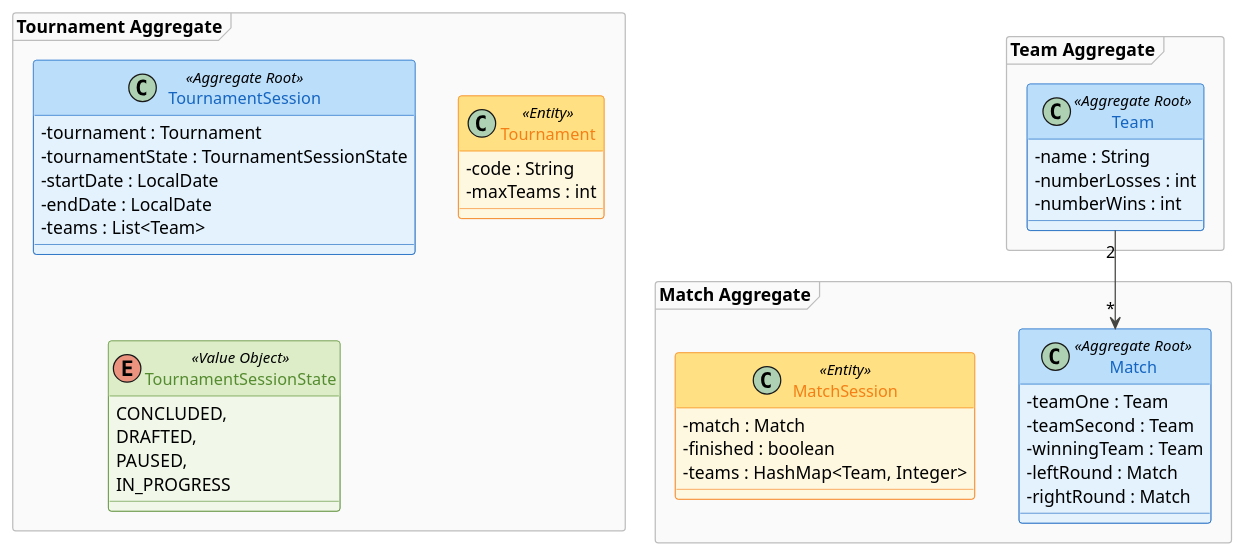
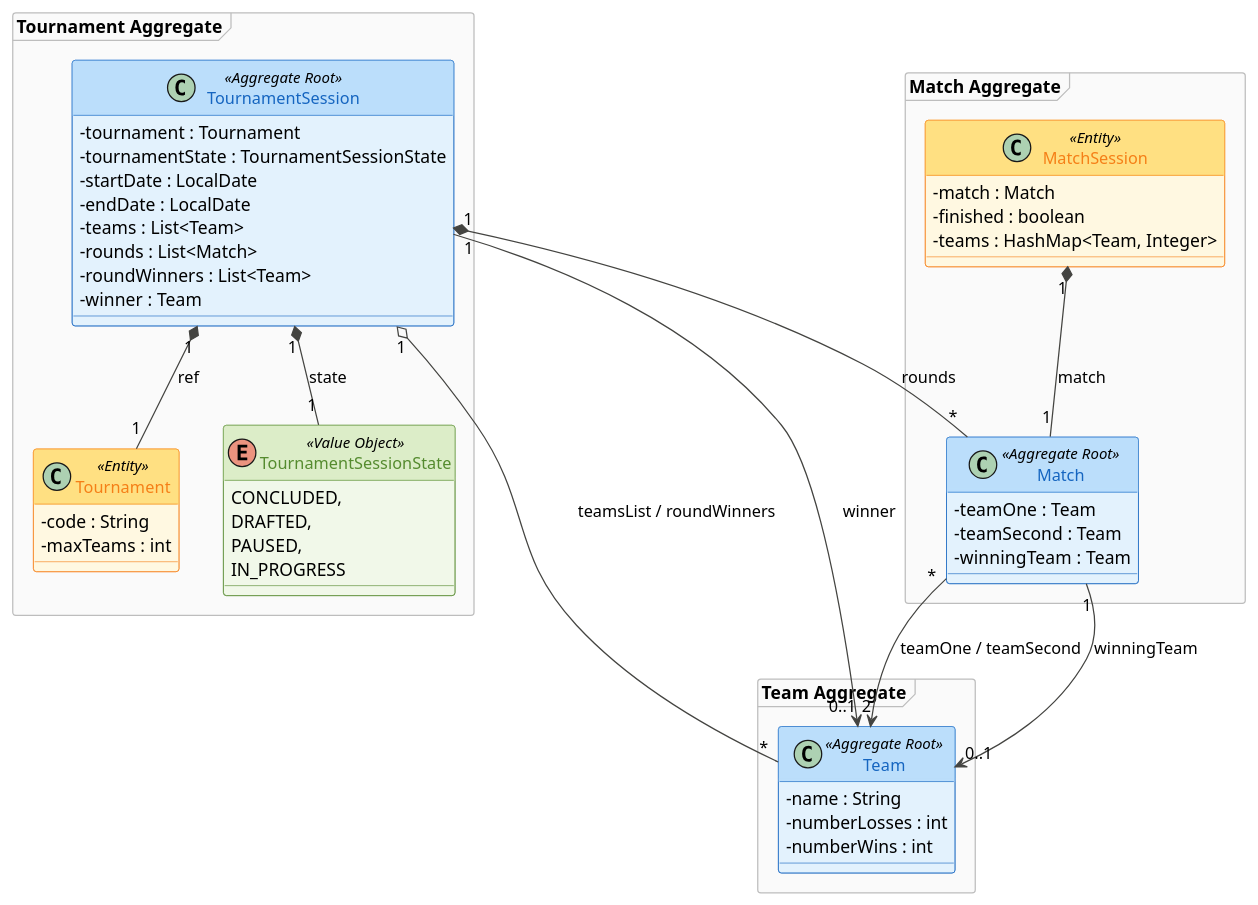
Before and after one commit to 1241323-JoseCardoso/Sports-Bracket-Generator: the diagram in docs/global-artifacts/02.analysis/puml/dm/completeDM.puml, drawn with PlantUML. The commit also changed 5 other files, not shown here.

```diff
--- a/docs/global-artifacts/02.analysis/puml/dm/completeDM.puml
+++ b/docs/global-artifacts/02.analysis/puml/dm/completeDM.puml
@@ -1,111 +1,121 @@
 @startuml Sports Bracket
 
 skinparam classAttributeIconSize 0
 skinparam classFontSize 13
 skinparam shadowing false
 
 skinparam class {
     BackgroundColor<<Aggregate Root>> #E3F2FD
     BorderColor<<Aggregate Root>> #1565C0
     FontColor<<Aggregate Root>> #1565C0
     HeaderBackgroundColor<<Aggregate Root>> #BBDEFB
 
     BackgroundColor<<Entity>> #FFF8E1
     BorderColor<<Entity>> #F57F17
     FontColor<<Entity>> #F57F17
     HeaderBackgroundColor<<Entity>> #FFE082
 
     BackgroundColor<<Value Object>> #F1F8E9
     BorderColor<<Value Object>> #558B2F
     FontColor<<Value Object>> #558B2F
     HeaderBackgroundColor<<Value Object>> #DCEDC8
 }
 
 skinparam package {
     BackgroundColor #FAFAFA
     BorderColor #BDBDBD
     BorderStyle dashed
     FontSize 14
 }
 
 
 skinparam ArrowColor #444441
 
 package "Tournament Aggregate" <<Frame>> {
 
     class TournamentSession <<Aggregate Root>>{
 
                 - tournament : Tournament
                 - tournamentState : TournamentSessionState
                 - startDate : LocalDate
                 - endDate : LocalDate
                 - teams : List<Team>
+                - rounds : List<Match>
+                - roundWinners : List<Team>
+                - winner : Team
     }
 
     /'
       Pensando de uma maneira racional, os tournaments não poderão ser considerados como value objetcs uma vez que possuem ID's.
 
       Podemos utilizar um mesmo torneio, desde que possamos alterar o startDate e o endDate.
 
       Tendo isto em conta, o startDate e endDate deixa de fazer sentido dentro do tournament e terão que ser movidos para dentro do TournamentSession
     '/
 
     /'
         Quando é que uma equipa pode ser considerada como vencedora?
 
     '/
 
     class Tournament <<Entity>>{
 
                 - code : String
                 - maxTeams : int
     }
 
     enum TournamentSessionState <<Value Object>>{
 
                  CONCLUDED,
                  DRAFTED,
                  PAUSED,
                  IN_PROGRESS
 
     }
 
 }
 
 package "Team Aggregate" <<Frame>>{
 
     class Team <<Aggregate Root>>{
 
             - name : String
             - numberLosses : int
             - numberWins : int
 
     }
 
 }
 
 package "Match Aggregate" <<Frame>>{
 
     class Match <<Aggregate Root>>{
 
         - teamOne : Team
         - teamSecond : Team
         - winningTeam : Team
-        - leftRound : Match
-        - rightRound : Match
+
     }
 
     class MatchSession <<Entity>>{
 
         - match : Match
         - finished : boolean
         - teams : HashMap<Team, Integer>
 
     }
 
 }
 
-Team "2" --> "*" Match
+TournamentSession "1" *-- "1" Tournament : ref
+TournamentSession "1" *-- "1" TournamentSessionState : state
+TournamentSession "1" o-- "*" Team : teamsList / roundWinners
+TournamentSession "1" *-- "*" Match : rounds
+TournamentSession "1" --> "0..1" Team : winner
+
+Match "*" --> "2" Team : teamOne / teamSecond
+Match "1" --> "0..1" Team : winningTeam
+MatchSession "1" *-- "1" Match : match
 
 
 @enduml
```
